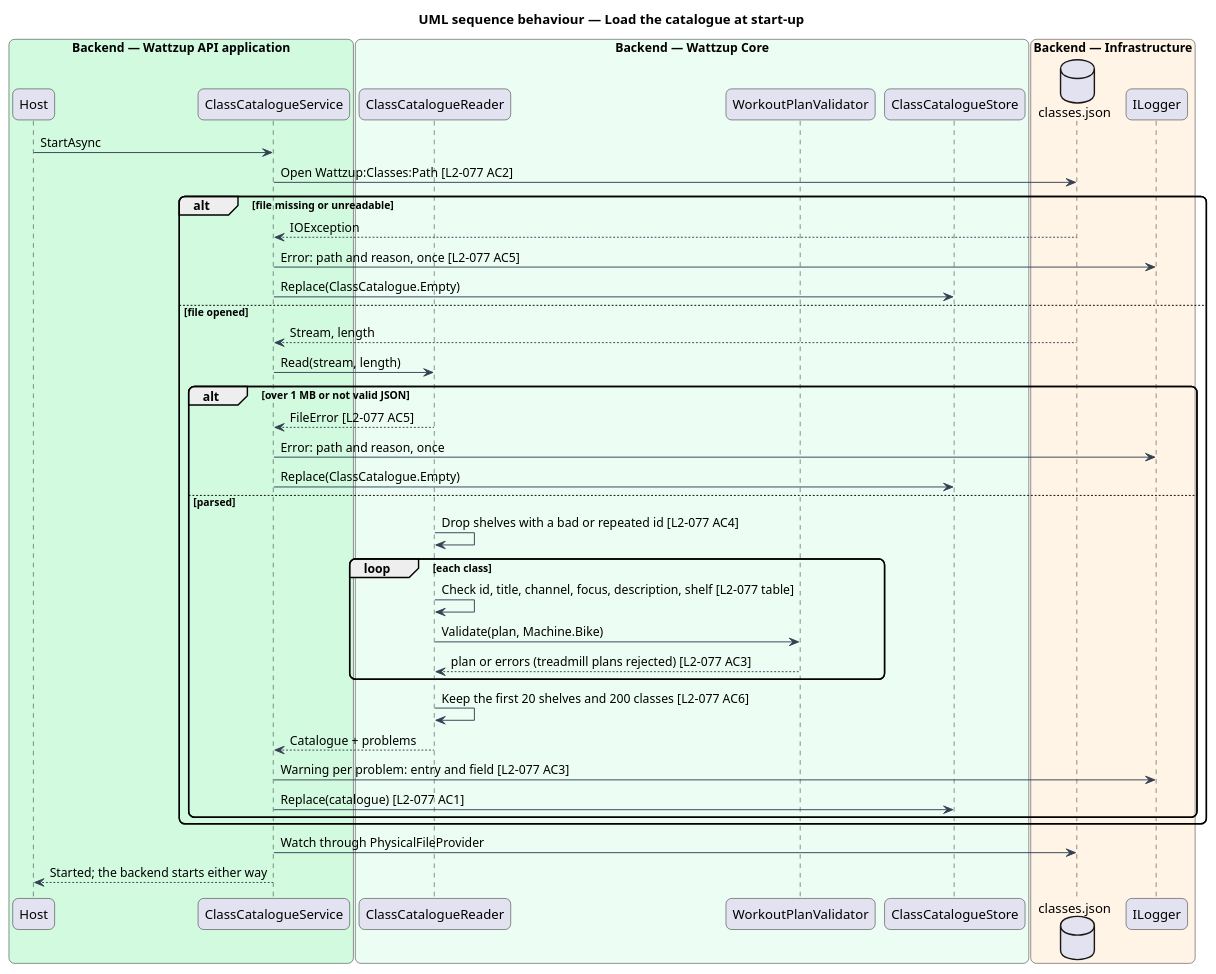
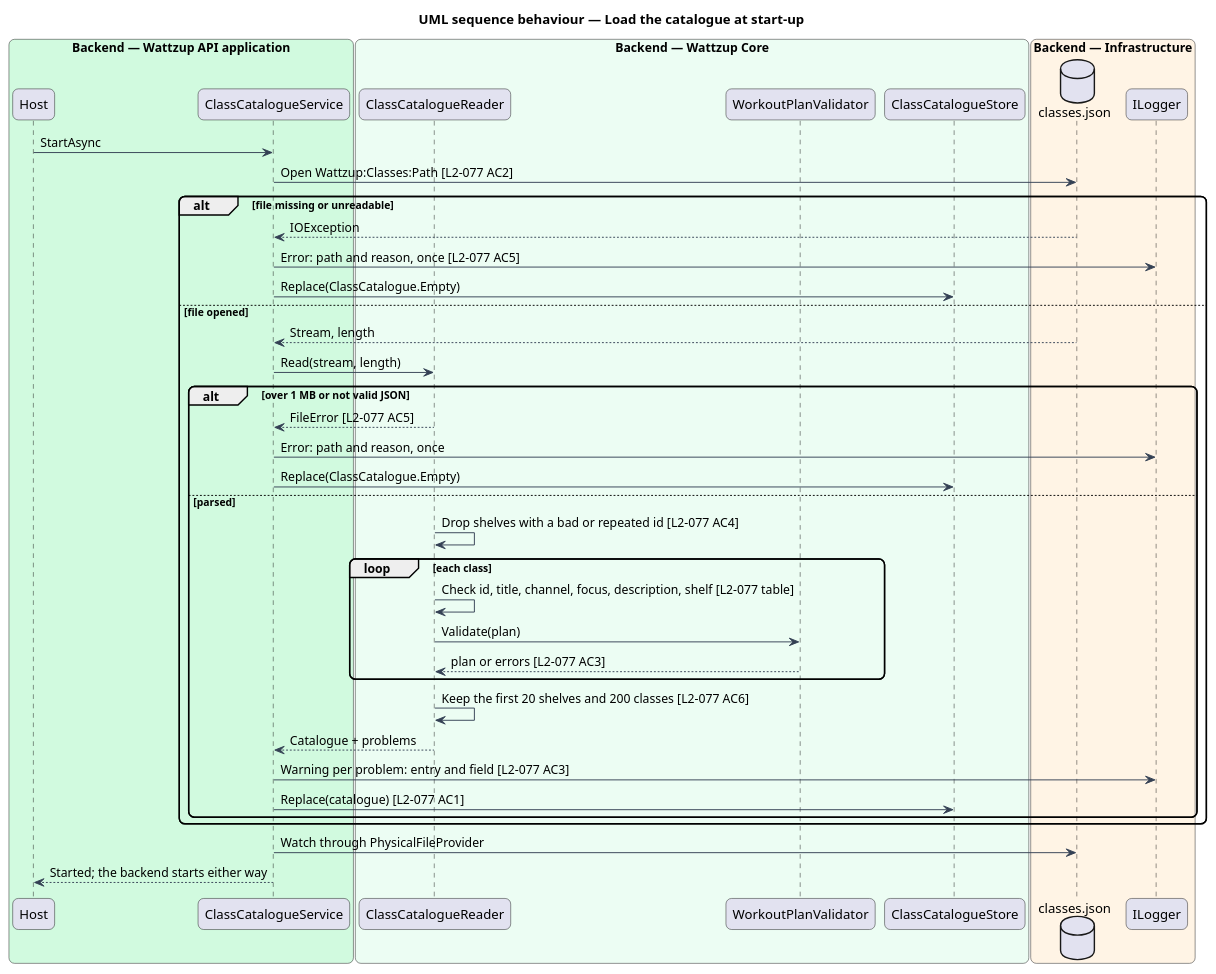
The diagram in docs/detailed-designs/classes/browse-classes/diagrams/sequence-load-catalogue.puml (QuinntyneBrown/ride-one), drawn with PlantUML before and after one commit. The commit also changed 225 other files, not shown here.

```diff
--- a/docs/detailed-designs/classes/browse-classes/diagrams/sequence-load-catalogue.puml
+++ b/docs/detailed-designs/classes/browse-classes/diagrams/sequence-load-catalogue.puml
@@ -1,50 +1,50 @@
 @startuml
 title UML sequence behaviour — Load the catalogue at start-up
 skinparam backgroundColor #FFFFFF
 skinparam shadowing false
 skinparam roundcorner 12
 skinparam defaultFontName Arial
 skinparam ArrowColor #344054
 box "Backend — Wattzup API application" #D1FADF
   participant "Host" as host
   participant "ClassCatalogueService" as svc
 end box
 box "Backend — Wattzup Core" #ECFDF3
   participant "ClassCatalogueReader" as reader
   participant "WorkoutPlanValidator" as val
   participant "ClassCatalogueStore" as store
 end box
 box "Backend — Infrastructure" #FFF4E5
   database "classes.json" as file
   participant "ILogger" as log
 end box
 
 host -> svc : StartAsync
 svc -> file : Open Wattzup:Classes:Path [L2-077 AC2]
 alt file missing or unreadable
   file --> svc : IOException
   svc -> log : Error: path and reason, once [L2-077 AC5]
   svc -> store : Replace(ClassCatalogue.Empty)
 else file opened
   file --> svc : Stream, length
   svc -> reader : Read(stream, length)
   alt over 1 MB or not valid JSON
     reader --> svc : FileError [L2-077 AC5]
     svc -> log : Error: path and reason, once
     svc -> store : Replace(ClassCatalogue.Empty)
   else parsed
     reader -> reader : Drop shelves with a bad or repeated id [L2-077 AC4]
     loop each class
       reader -> reader : Check id, title, channel, focus, description, shelf [L2-077 table]
-      reader -> val : Validate(plan, Machine.Bike)
-      val --> reader : plan or errors (treadmill plans rejected) [L2-077 AC3]
+      reader -> val : Validate(plan)
+      val --> reader : plan or errors [L2-077 AC3]
     end
     reader -> reader : Keep the first 20 shelves and 200 classes [L2-077 AC6]
     reader --> svc : Catalogue + problems
     svc -> log : Warning per problem: entry and field [L2-077 AC3]
     svc -> store : Replace(catalogue) [L2-077 AC1]
   end
 end
 svc -> file : Watch through PhysicalFileProvider
 svc --> host : Started; the backend starts either way
 @enduml
```
